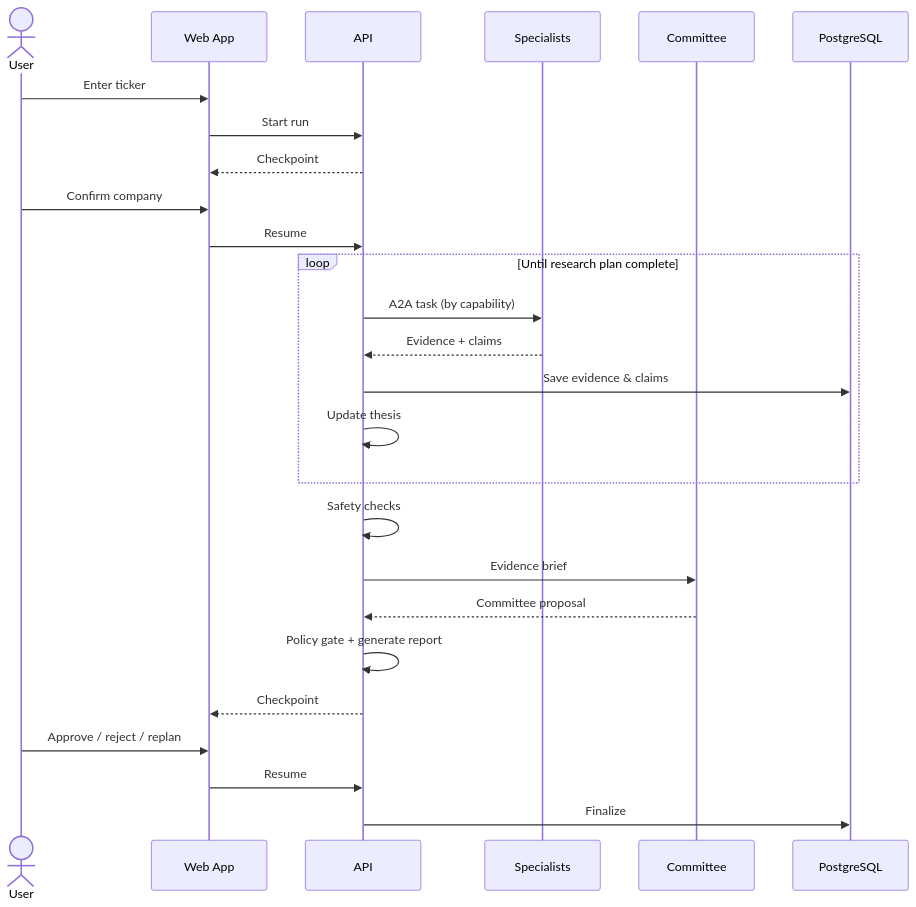
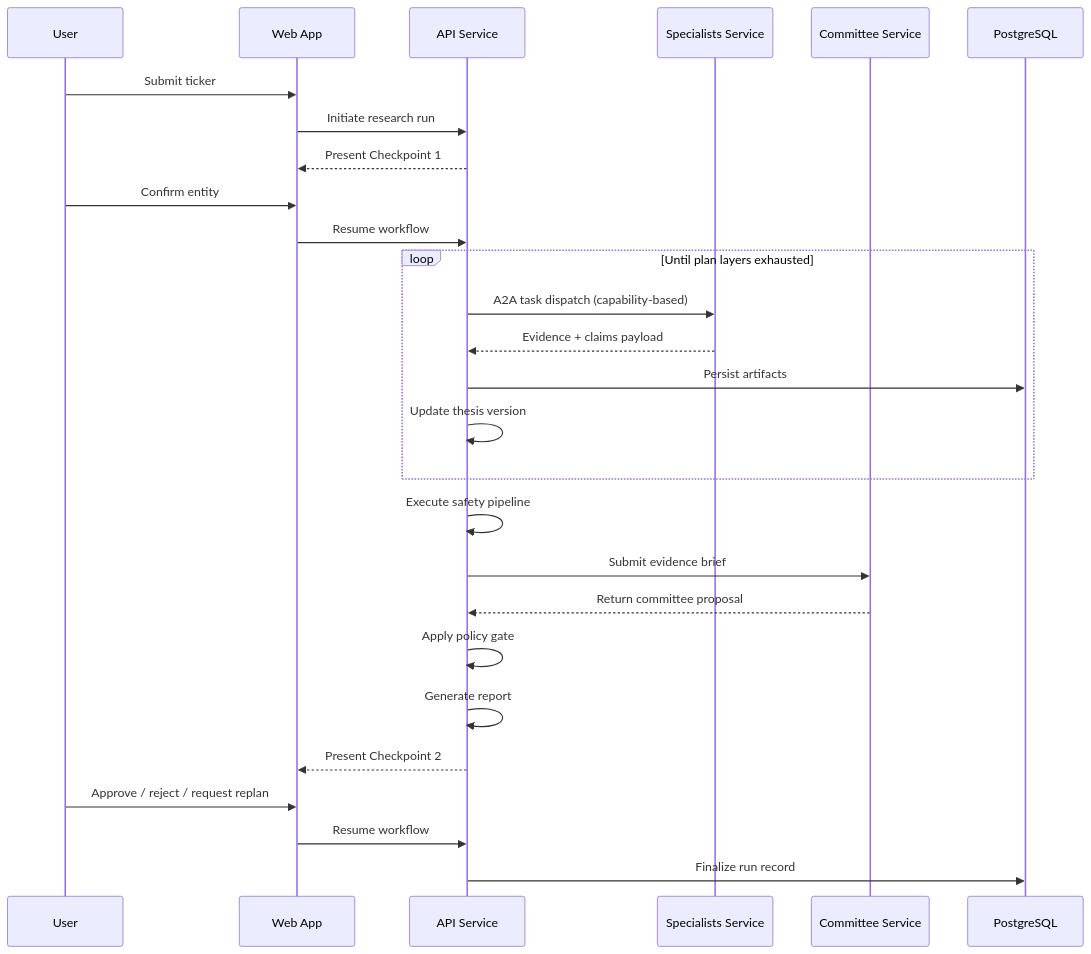
The fourth of 4 diagrams in ARCHITECTURE.md (soniamannlehl-cloud/finalproject), drawn with Mermaid before and after one commit. The commit also changed other lines of this file, not shown here.

First line of the commit message:
Rewrite ARCHITECTURE.md as formal solution architecture document.

````diff
--- a/ARCHITECTURE.md
+++ b/ARCHITECTURE.md
@@ -183,31 +313,32 @@
 ```mermaid
 sequenceDiagram
-    actor U as User
+    participant U as User
     participant W as Web App
-    participant A as API
-    participant S as Specialists
-    participant C as Committee
+    participant A as API Service
+    participant S as Specialists Service
+    participant C as Committee Service
     participant D as PostgreSQL
 
-    U->>W: Enter ticker
-    W->>A: Start run
-    A-->>W: Checkpoint #1
-    U->>W: Confirm company
-    W->>A: Resume
+    U->>W: Submit ticker
+    W->>A: Initiate research run
+    A-->>W: Present Checkpoint 1
+    U->>W: Confirm entity
+    W->>A: Resume workflow
 
-    loop Until research plan complete
-        A->>S: A2A task (by capability)
-        S-->>A: Evidence + claims
-        A->>D: Save evidence & claims
-        A->>A: Update thesis
+    loop Until plan layers exhausted
+        A->>S: A2A task dispatch (capability-based)
+        S-->>A: Evidence + claims payload
+        A->>D: Persist artifacts
+        A->>A: Update thesis version
     end
 
-    A->>A: Safety checks
-    A->>C: Evidence brief
-    C-->>A: Committee proposal
-    A->>A: Policy gate + generate report
-    A-->>W: Checkpoint #2 (report)
-    U->>W: Approve / reject / replan
-    W->>A: Resume
-    A->>D: Finalize
+    A->>A: Execute safety pipeline
+    A->>C: Submit evidence brief
+    C-->>A: Return committee proposal
+    A->>A: Apply policy gate
+    A->>A: Generate report
+    A-->>W: Present Checkpoint 2
+    U->>W: Approve / reject / request replan
+    W->>A: Resume workflow
+    A->>D: Finalize run record
 ```
````
